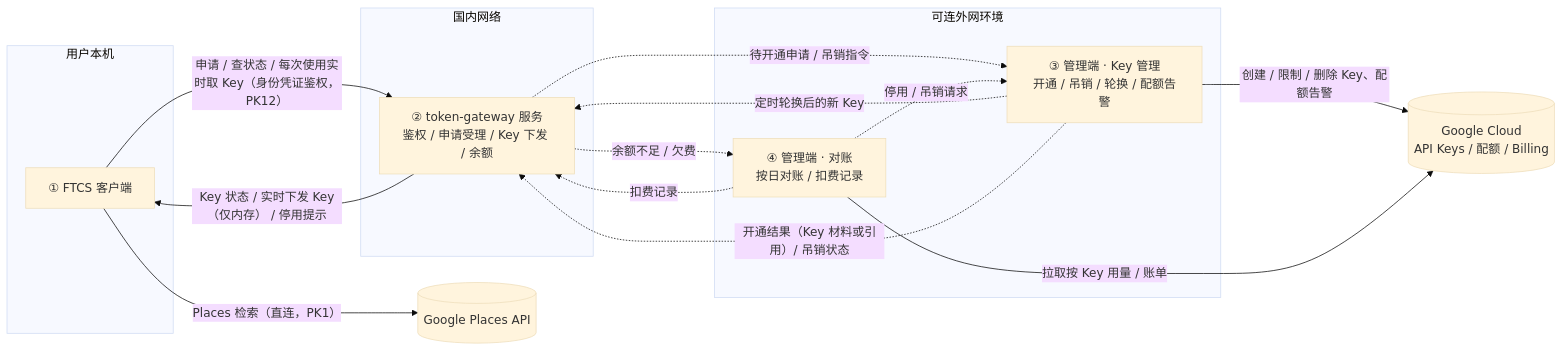
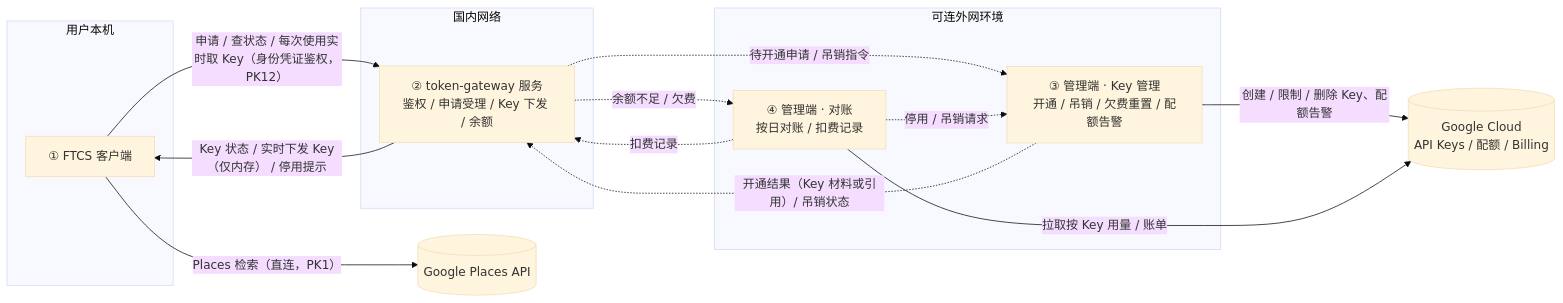
One commit to Pedro-MAFS/ftcs changed the first of 2 diagrams in docs/30-需求-Places官方通道按用户下发APIKey.md. Above: the diagram before and after it, drawn with Mermaid (base theme). The commit also changed other lines of this file, not shown here.

First line of the commit message:
docs(US-PK): 取消定时轮换与重试，改为欠费时重置 Key

````diff
--- a/docs/30-需求-Places官方通道按用户下发APIKey.md
+++ b/docs/30-需求-Places官方通道按用户下发APIKey.md
@@ -74,27 +74,26 @@
 ```mermaid
 flowchart LR
   subgraph User[用户本机]
     C[① FTCS 客户端]
   end
   subgraph CN[国内网络]
     G[② token-gateway 服务<br/>鉴权 / 申请受理 / Key 下发 / 余额]
   end
   subgraph Intl[可连外网环境]
-    AK[③ 管理端 · Key 管理<br/>开通 / 吊销 / 轮换 / 配额告警]
+    AK[③ 管理端 · Key 管理<br/>开通 / 吊销 / 欠费重置 / 配额告警]
     AR[④ 管理端 · 对账<br/>按日对账 / 扣费记录]
   end
   GP[(Google Places API)]
   GC[(Google Cloud<br/>API Keys / 配额 / Billing)]
 
   C -- 申请 / 查状态 / 每次使用实时取 Key（身份凭证鉴权，PK12） --> G
   G -- Key 状态 / 实时下发 Key（仅内存） / 停用提示 --> C
   C -- Places 检索（直连，PK1） --> GP
   G -. 待开通申请 / 吊销指令 .-> AK
-  AK -. 定时轮换后的新 Key .-> G
   AK -. 开通结果（Key 材料或引用）/ 吊销状态 .-> G
   AK -- 创建 / 限制 / 删除 Key、配额告警 --> GC
   AR -- 拉取按 Key 用量 / 账单 --> GC
   AR -. 扣费记录 .-> G
   G -. 余额不足 / 欠费 .-> AR
   AR -. 停用 / 吊销请求 .-> AK
 ```
````
